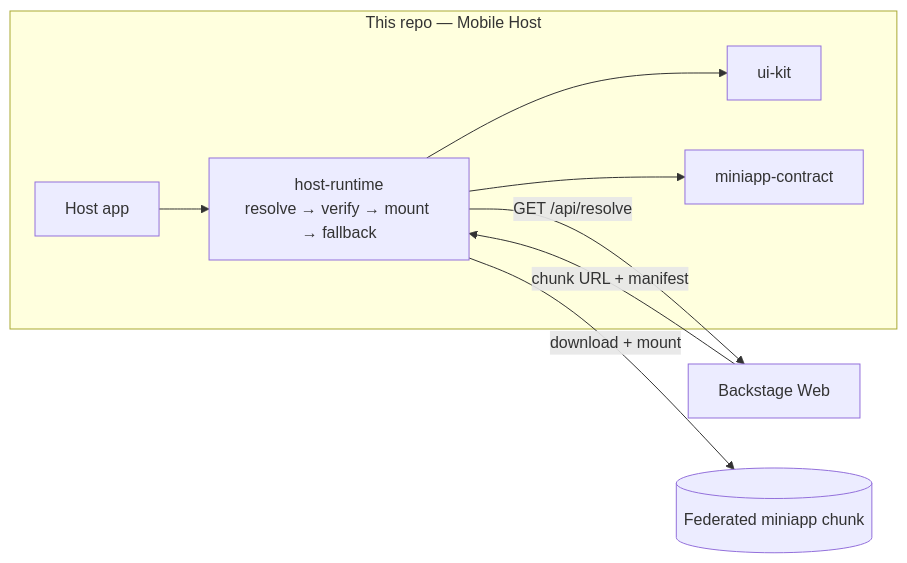
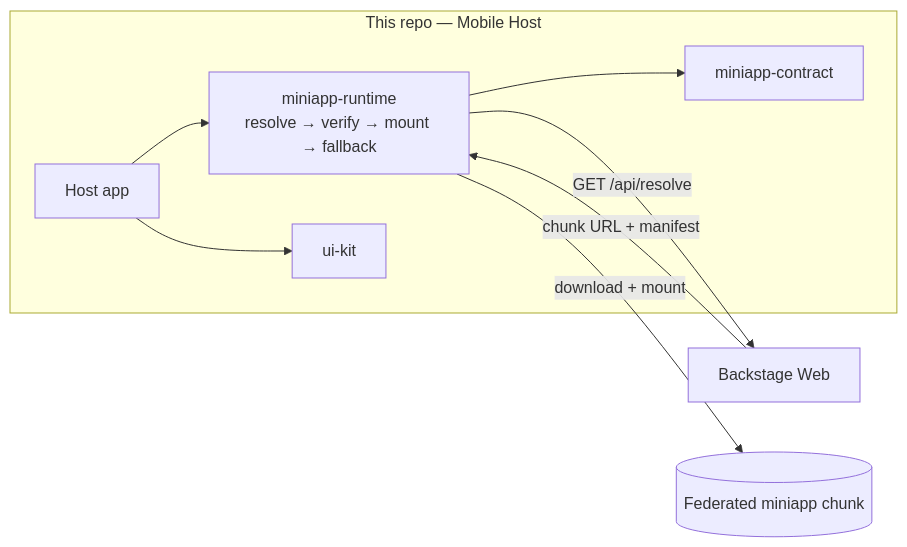
The diagram in README.md (DentVega/backstagereactnative), drawn with Mermaid before and after one commit. The commit also changed other lines of this file and 43 other files, not shown here.

Commit message:
chore(host): borrar packages/host-runtime (reemplazado por @dentvega/miniapp-runtime)

````diff
--- a/README.md
+++ b/README.md
@@ -14,11 +14,11 @@
 ```mermaid
 flowchart LR
     subgraph This["This repo — Mobile Host"]
-        HOST[Host app] --> RT[host-runtime<br/>resolve → verify → mount → fallback]
-        RT --> UI[ui-kit]
+        HOST[Host app] --> RT[miniapp-runtime<br/>resolve → verify → mount → fallback]
+        HOST --> UI[ui-kit]
         RT --> C[miniapp-contract]
     end
     RT -->|"GET /api/resolve"| BS[Backstage Web]
     BS -->|chunk URL + manifest| RT
     RT -->|download + mount| REMOTE[(Federated miniapp chunk)]
 ```
````
